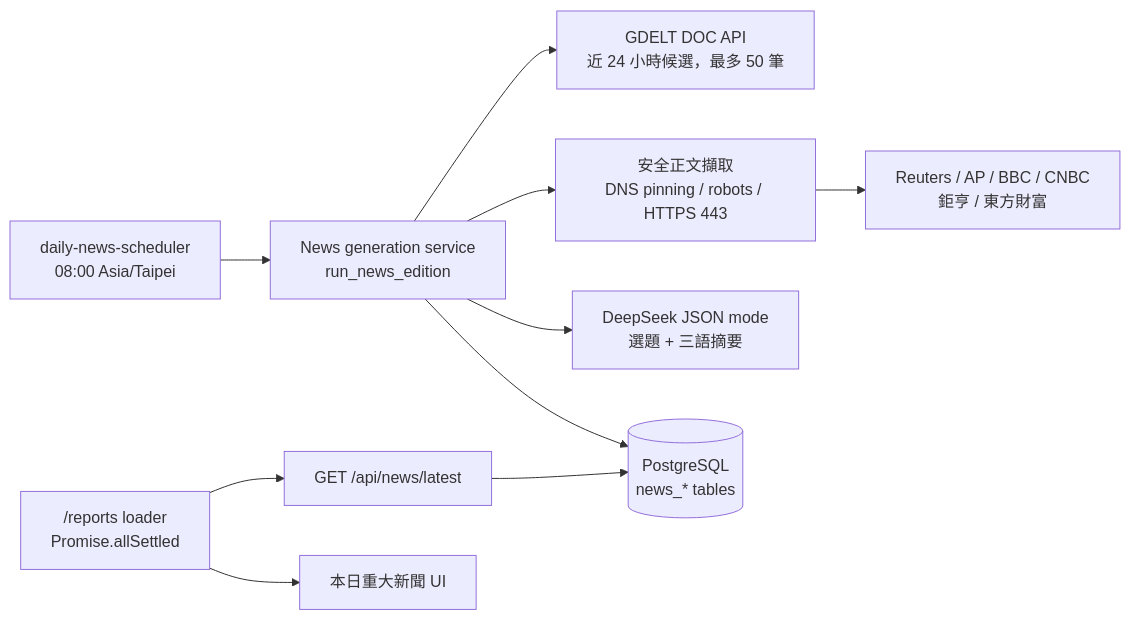
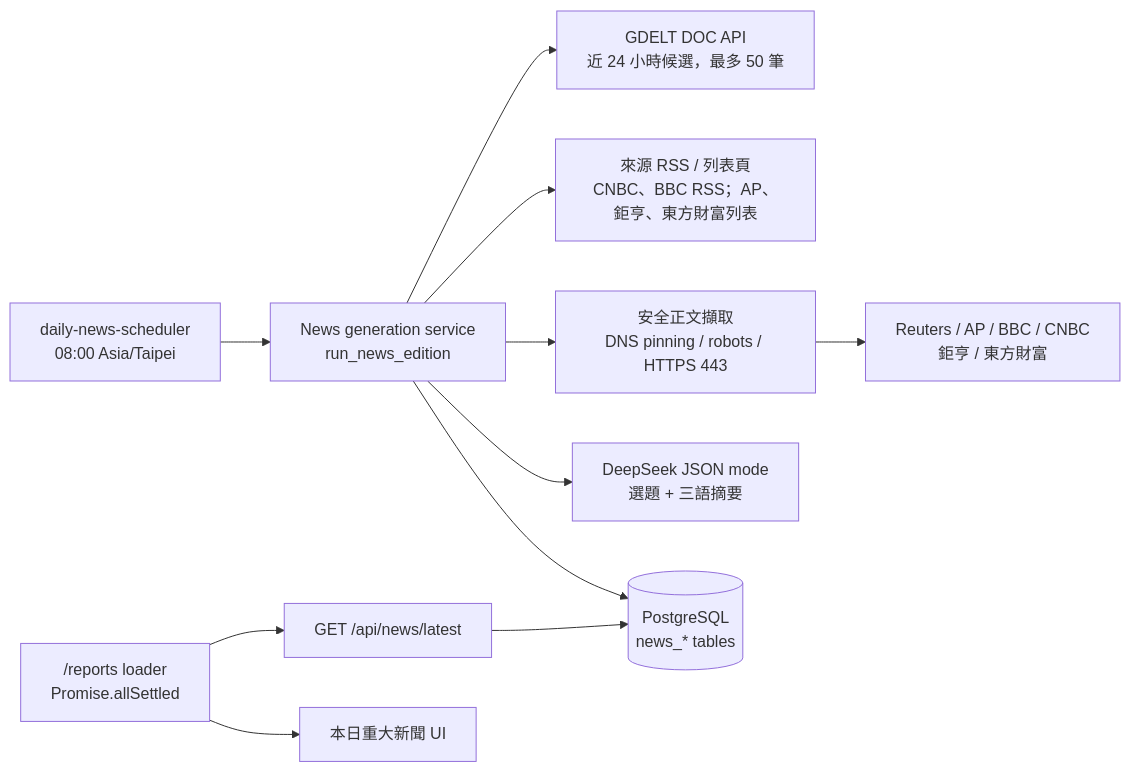
The diagram in docs/architecture/daily-news.md (FPI-TW/daily-insights), drawn with Mermaid before and after one commit. The commit also changed other lines of this file and 7 other files, not shown here.

````diff
--- a/docs/architecture/daily-news.md
+++ b/docs/architecture/daily-news.md
@@ -23,12 +23,13 @@
 ```mermaid
 flowchart LR
     S["daily-news-scheduler<br/>08:00 Asia/Taipei"] --> G["News generation service<br/>run_news_edition"]
     G --> D["GDELT DOC API<br/>近 24 小時候選，最多 50 筆"]
+    G --> F["來源 RSS / 列表頁<br/>CNBC、BBC RSS；AP、鉅亨、東方財富列表"]
     G --> X["安全正文擷取<br/>DNS pinning / robots / HTTPS 443"]
     X --> W["Reuters / AP / BBC / CNBC<br/>鉅亨 / 東方財富"]
     G --> L["DeepSeek JSON mode<br/>選題 + 三語摘要"]
     G --> P[("PostgreSQL<br/>news_* tables")]
     R["/reports loader<br/>Promise.allSettled"] --> A["GET /api/news/latest"]
     A --> P
     R --> U["本日重大新聞 UI"]
 ```
````
